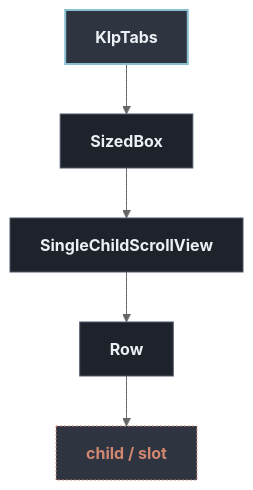
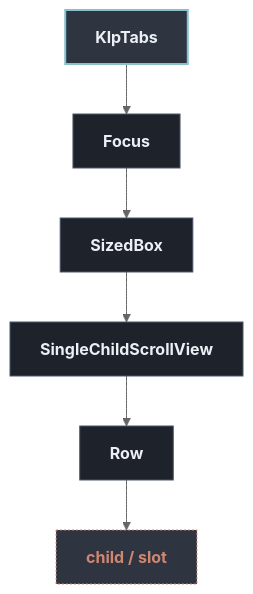
One commit to MiuDog/Kallopis changed the diagram in docs/architecture/components/navigation/klp_tabs.md. Above: the diagram before and after it, drawn with Mermaid (neutral theme). The commit also changed other lines of this file and 1105 other files, not shown here.

Commit message:
refactor: establish semantic design architecture

````diff
--- a/docs/architecture/components/navigation/klp_tabs.md
+++ b/docs/architecture/components/navigation/klp_tabs.md
@@ -13,18 +13,20 @@
 ```mermaid
 flowchart TD
   classDef default fill:#1E222B,stroke:#4C566A,stroke-width:1px,color:#ECEFF4;
   classDef root fill:#2E3440,stroke:#88C0D0,stroke-width:2px,color:#ECEFF4,font-weight:bold;
   classDef reference fill:#3B4252,stroke:#EBCB8B,stroke-width:1.5px,stroke-dasharray: 4 3,color:#EBCB8B;
   classDef container fill:#2E3440,stroke:#A3BE8C,stroke-width:1.5px,color:#A3BE8C;
   classDef slot fill:#2E3440,stroke:#D08770,stroke-width:1px,stroke-dasharray: 2 2,color:#D08770;
 
   root["KlpTabs"]:::root
-  n1["SizedBox"]
+  n1["Focus"]
   root --> n1
-  n2["SingleChildScrollView"]
+  n2["SizedBox"]
   n1 --> n2
-  n3["Row"]
+  n3["SingleChildScrollView"]
   n2 --> n3
-  n4["child / slot"]:::slot
+  n4["Row"]
   n3 --> n4
+  n5["child / slot"]:::slot
+  n4 --> n5
 ```
````
